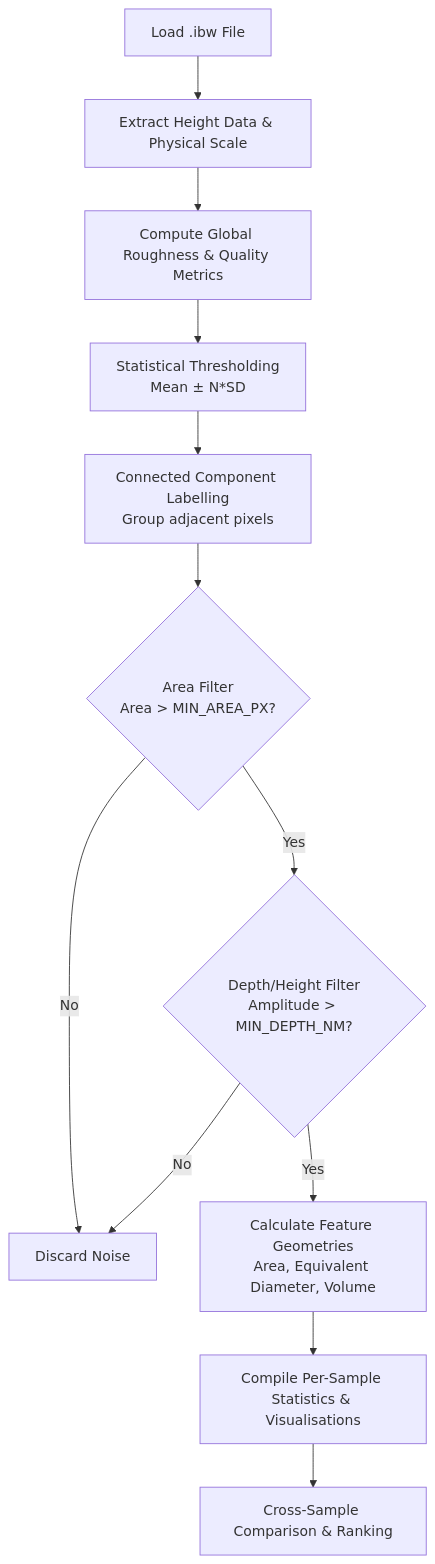
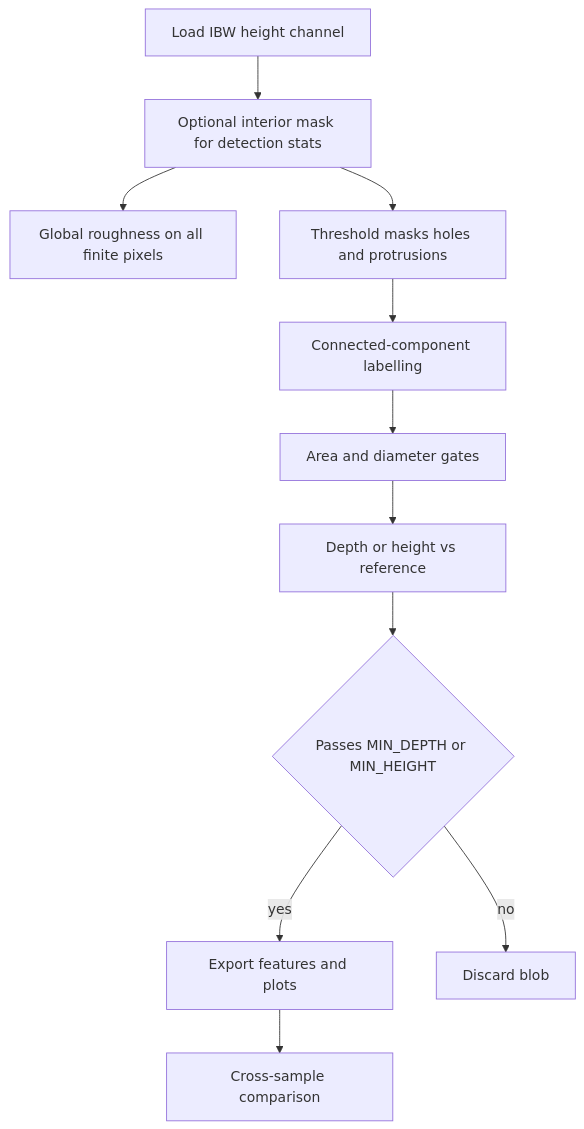
Before and after one commit to Craig-Venables/Switchbox_GUI: the diagram in tools/afm 3d holes and protrusion/README.md, drawn with Mermaid. The commit also changed other lines of this file and 2 other files, not shown here.

Commit message:
Add AFM comparison analysis and update README

````diff
--- a/tools/afm 3d holes and protrusion/README.md
+++ b/tools/afm 3d holes and protrusion/README.md
@@ -13,14 +13,13 @@
 ```mermaid
 flowchart TD
-    A[Load .ibw File] --> B[Extract Height Data & Physical Scale]
-    B --> C[Compute Global Roughness & Quality Metrics]
-    C --> D[Statistical Thresholding\nMean ± N*SD]
-    D --> E[Connected Component Labelling\nGroup adjacent pixels]
-    E --> F{Area Filter\nArea > MIN_AREA_PX?}
-    F -- Yes --> G{Depth/Height Filter\nAmplitude > MIN_DEPTH_NM?}
-    F -- No --> H[Discard Noise]
-    G -- Yes --> I[Calculate Feature Geometries\nArea, Equivalent Diameter, Volume]
-    G -- No --> H
-    I --> J[Compile Per-Sample Statistics & Visualisations]
-    J --> K[Cross-Sample Comparison & Ranking]
+    A[Load IBW height channel] --> B[Optional interior mask for detection stats]
+    B --> C[Global roughness on all finite pixels]
+    B --> D[Threshold masks holes and protrusions]
+    D --> E[Connected-component labelling]
+    E --> F[Area and diameter gates]
+    F --> G[Depth or height vs reference]
+    G --> H{Passes MIN_DEPTH or MIN_HEIGHT}
+    H -->|yes| I[Export features and plots]
+    H -->|no| J[Discard blob]
+    I --> K[Cross-sample comparison]
 ```
````
